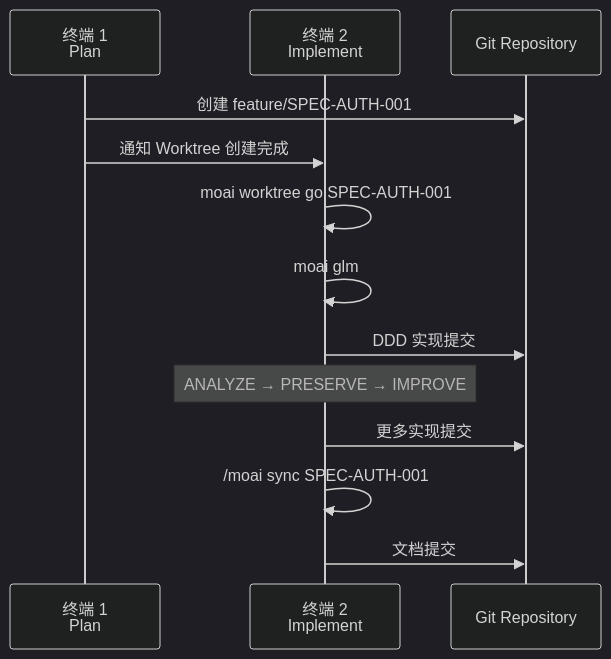
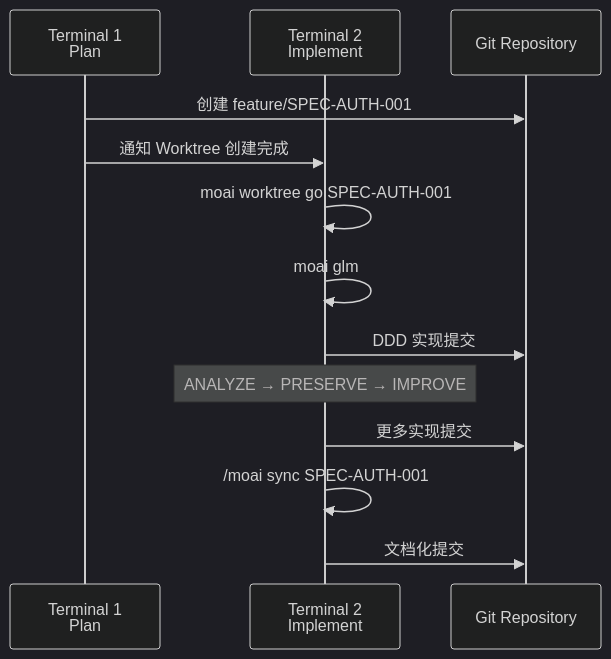
Before and after one commit to modu-ai/moai-adk: the sixth of 10 diagrams in docs-site/content/zh/worktree/guide.md, drawn with Mermaid (dark theme). The commit also changed other lines of this file and 395 other files, not shown here.

````diff
--- a/docs-site/content/zh/worktree/guide.md
+++ b/docs-site/content/zh/worktree/guide.md
@@ -423,18 +428,18 @@
 ```mermaid
 sequenceDiagram
-    participant T1 as 终端 1<br/>Plan
-    participant T2 as 终端 2<br/>Implement
+    participant T1 as Terminal 1<br/>Plan
+    participant T2 as Terminal 2<br/>Implement
     participant Git as Git Repository
 
     T1->>Git: 创建 feature/SPEC-AUTH-001
     T1->>T2: 通知 Worktree 创建完成
 
     T2->>T2: moai worktree go SPEC-AUTH-001
     T2->>T2: moai glm
     T2->>Git: DDD 实现提交
     Note over T2: ANALYZE → PRESERVE → IMPROVE
 
     T2->>Git: 更多实现提交
     T2->>T2: /moai sync SPEC-AUTH-001
-    T2->>Git: 文档提交
+    T2->>Git: 文档化提交
 ```
````
